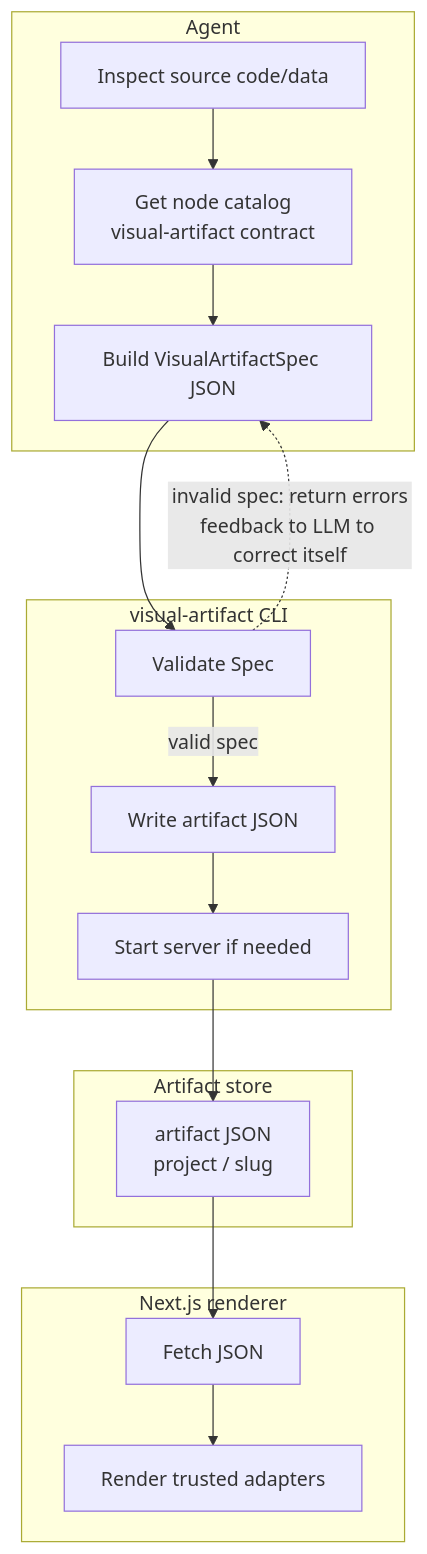
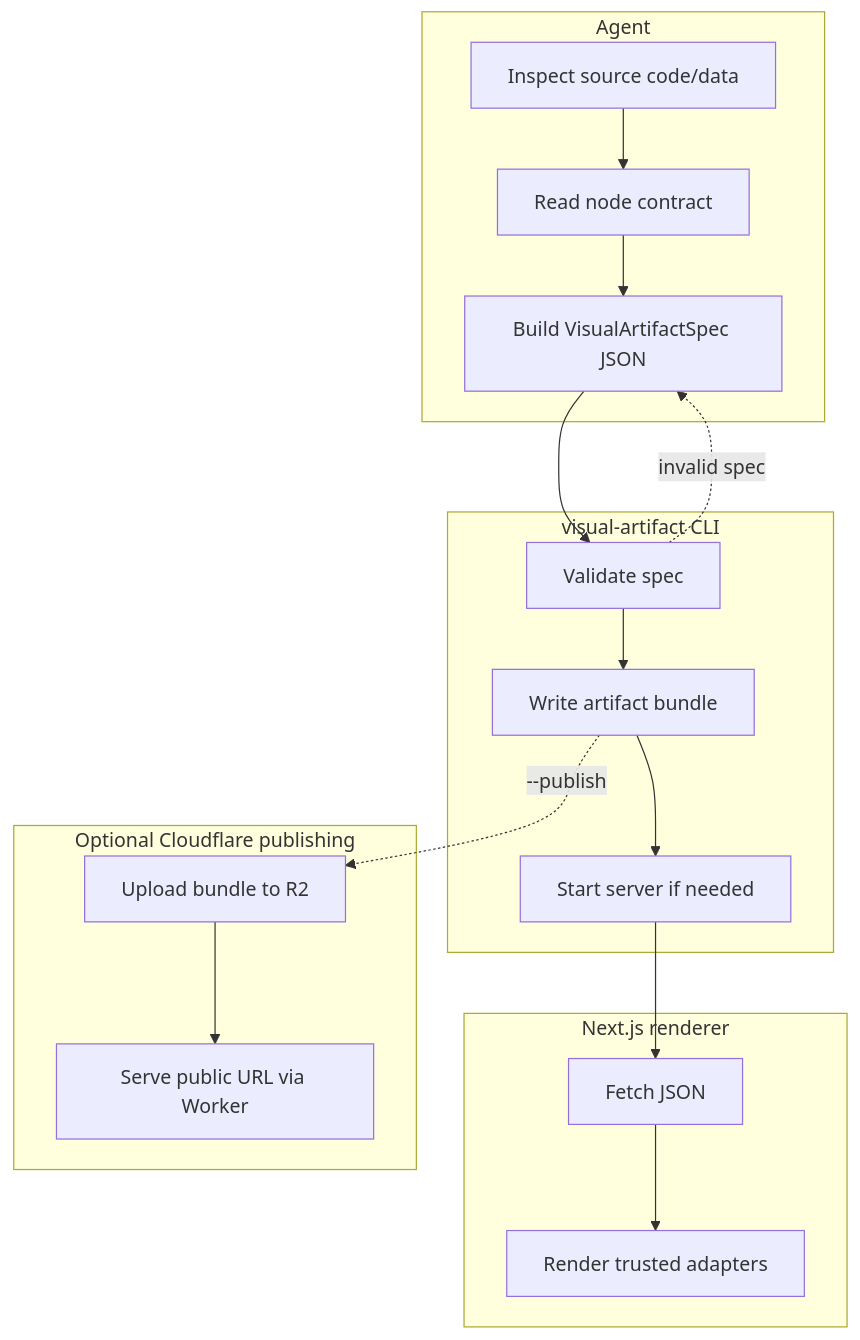
The diagram in README.md (iurysza/visual-artifact-renderer), drawn with Mermaid before and after one commit. The commit also changed other lines of this file and 5 other files, not shown here.

````diff
--- a/README.md
+++ b/README.md
@@ -29,29 +29,28 @@
 ```mermaid
 flowchart TB
   subgraph Agent["Agent"]
     A1["Inspect source code/data"]
-    A2["Get node catalog<br/>visual-artifact contract"]
+    A2["Read node contract"]
     A3["Build VisualArtifactSpec JSON"]
   end
 
   subgraph CLI["visual-artifact CLI"]
-    C1["Validate Spec"]
-    C2["Write artifact JSON"]
+    C1["Validate spec"]
+    C2["Write artifact bundle"]
     C3["Start server if needed"]
-  end
-
-  subgraph Store["Artifact store"]
-    S1["artifact JSON<br/>project / slug"]
   end
 
   subgraph Renderer["Next.js renderer"]
     R1["Fetch JSON"]
     R2["Render trusted adapters"]
   end
 
-  A1 --> A2 --> A3 --> C1
+  subgraph Cloudflare["Optional Cloudflare publishing"]
+    P1["Upload bundle to R2"]
+    P2["Serve public URL via Worker"]
+  end
 
-  C1 -->|valid spec| C2 --> C3 --> S1 --> R1 --> R2
-
-  C1 -.->|invalid spec: return errors<br/>feedback to LLM to correct itself| A3
+  A1 --> A2 --> A3 --> C1 --> C2 --> C3 --> R1 --> R2
+  C1 -.->|invalid spec| A3
+  C2 -.->|--publish| P1 --> P2
 ```
````
